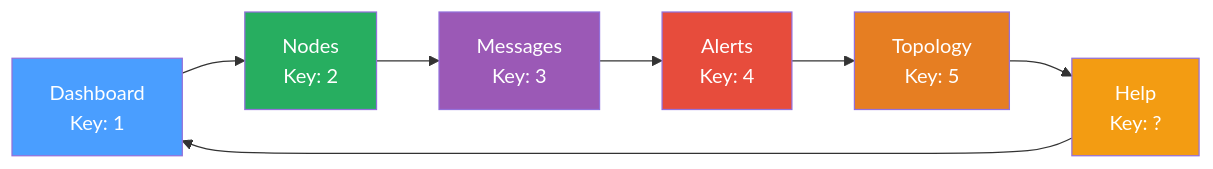
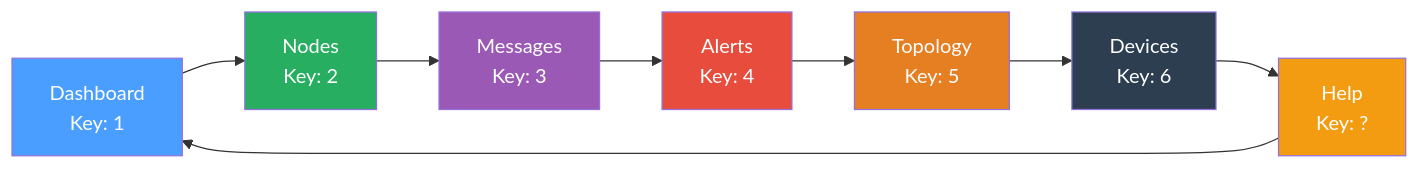
One commit to Nursedude/meshing_around_meshforge changed the fourth of 4 diagrams in README.md. Above: the diagram before and after it, drawn with Mermaid. The commit also changed other lines of this file, not shown here.

````diff
--- a/README.md
+++ b/README.md
@@ -402,16 +426,18 @@
 ```mermaid
 graph LR
     D[Dashboard<br/>Key: 1] --> N[Nodes<br/>Key: 2]
     N --> M[Messages<br/>Key: 3]
     M --> A[Alerts<br/>Key: 4]
     A --> T[Topology<br/>Key: 5]
-    T --> H[Help<br/>Key: ?]
+    T --> DV[Devices<br/>Key: 6]
+    DV --> H[Help<br/>Key: ?]
     H --> D
 
     style D fill:#4a9eff,color:#fff
     style N fill:#27ae60,color:#fff
     style M fill:#9b59b6,color:#fff
     style A fill:#e74c3c,color:#fff
     style T fill:#e67e22,color:#fff
+    style DV fill:#2c3e50,color:#fff
     style H fill:#f39c12,color:#fff
 ```
````
